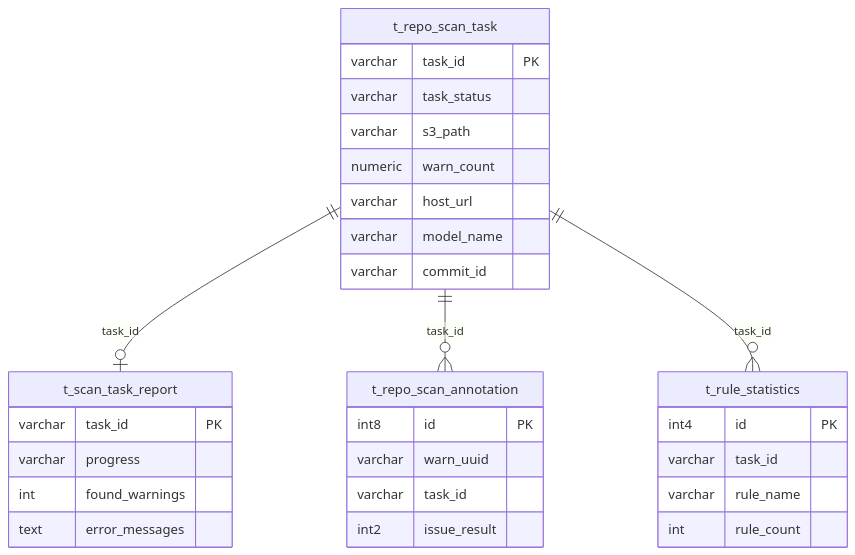
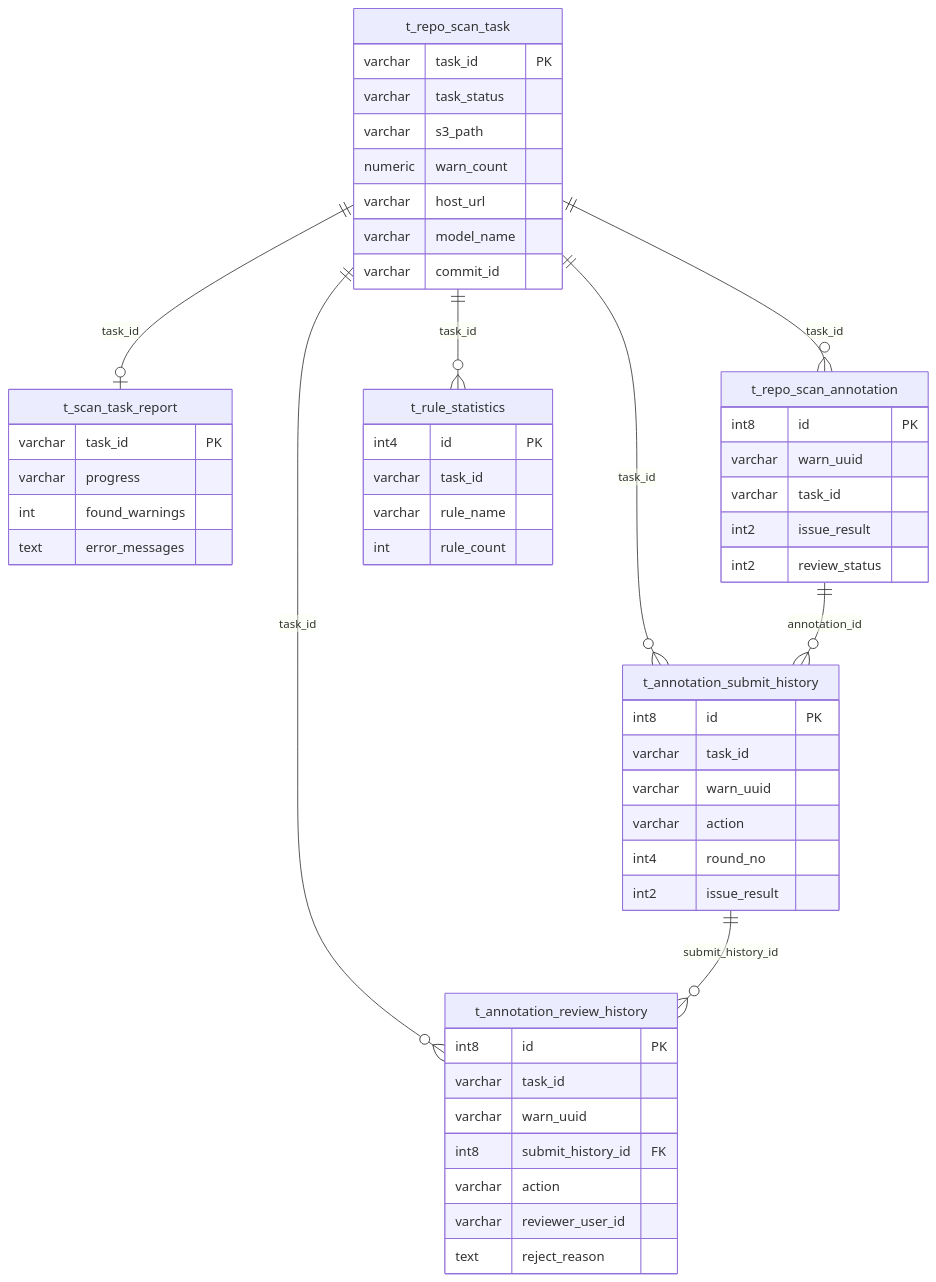
One commit to BeaconLin/aiRepoScan-hw changed the fifth of 6 diagrams in 设计文档.md. Above: the diagram before and after it, drawn with Mermaid. The commit also changed other lines of this file and 11 other files, not shown here.

````diff
--- a/设计文档.md
+++ b/设计文档.md
@@ -301,33 +400,55 @@
 ```mermaid
 erDiagram
     t_repo_scan_task ||--o| t_scan_task_report : "task_id"
     t_repo_scan_task ||--o{ t_repo_scan_annotation : "task_id"
+    t_repo_scan_task ||--o{ t_annotation_submit_history : "task_id"
+    t_repo_scan_task ||--o{ t_annotation_review_history : "task_id"
+    t_repo_scan_annotation ||--o{ t_annotation_submit_history : "annotation_id"
+    t_annotation_submit_history ||--o{ t_annotation_review_history : "submit_history_id"
     t_repo_scan_task ||--o{ t_rule_statistics : "task_id"
     t_repo_scan_task {
         varchar task_id PK
         varchar task_status
         varchar s3_path
         numeric warn_count
         varchar host_url
         varchar model_name
         varchar commit_id
     }
     t_scan_task_report {
         varchar task_id PK
         varchar progress
         int found_warnings
         text error_messages
     }
     t_repo_scan_annotation {
         int8 id PK
         varchar warn_uuid
         varchar task_id
         int2 issue_result
+        int2 review_status
+    }
+    t_annotation_submit_history {
+        int8 id PK
+        varchar task_id
+        varchar warn_uuid
+        varchar action
+        int4 round_no
+        int2 issue_result
+    }
+    t_annotation_review_history {
+        int8 id PK
+        varchar task_id
+        varchar warn_uuid
+        int8 submit_history_id FK
+        varchar action
+        varchar reviewer_user_id
+        text reject_reason
     }
     t_rule_statistics {
         int4 id PK
         varchar task_id
         varchar rule_name
         int rule_count
     }
 ```
````
